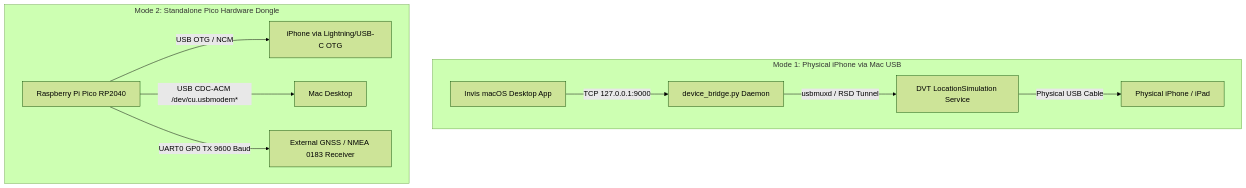
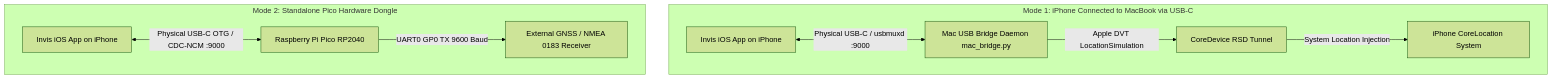
Before and after one commit to jatgm/invis: the diagram in README.md, drawn with Mermaid (forest theme). The commit also changed other lines of this file and 10 other files, not shown here.

First line of the commit message:
Refactor to dedicated iOS firmware interface with dual-mode USB connectivity

````diff
--- a/README.md
+++ b/README.md
@@ -30,14 +30,13 @@
 ```mermaid
 graph TD
-    subgraph "Mode 1: Physical iPhone via Mac USB"
-        MacApp[Invis macOS Desktop App] -->|TCP 127.0.0.1:9000| Bridge[device_bridge.py Daemon]
-        Bridge -->|usbmuxd / RSD Tunnel| DVT[DVT LocationSimulation Service]
-        DVT -->|Physical USB Cable| iPhone[Physical iPhone / iPad]
+    subgraph "Mode 1: iPhone Connected to MacBook via USB-C"
+        iPhoneApp1[Invis iOS App on iPhone] <-->|Physical USB-C / usbmuxd :9000| MacBridge[Mac USB Bridge Daemon mac_bridge.py]
+        MacBridge -->|Apple DVT LocationSimulation| DVT[CoreDevice RSD Tunnel]
+        DVT -->|System Location Injection| iPhoneGPS1[iPhone CoreLocation System]
     end
 
     subgraph "Mode 2: Standalone Pico Hardware Dongle"
-        Pico[Raspberry Pi Pico RP2040] -->|USB OTG / NCM| iPhoneDirect[iPhone via Lightning/USB-C OTG]
-        Pico -->|USB CDC-ACM /dev/cu.usbmodem*| MacHost[Mac Desktop]
+        iPhoneApp2[Invis iOS App on iPhone] <-->|Physical USB-C OTG / CDC-NCM :9000| Pico[Raspberry Pi Pico RP2040]
         Pico -->|UART0 GP0 TX 9600 Baud| NMEA[External GNSS / NMEA 0183 Receiver]
     end
 ```
````
